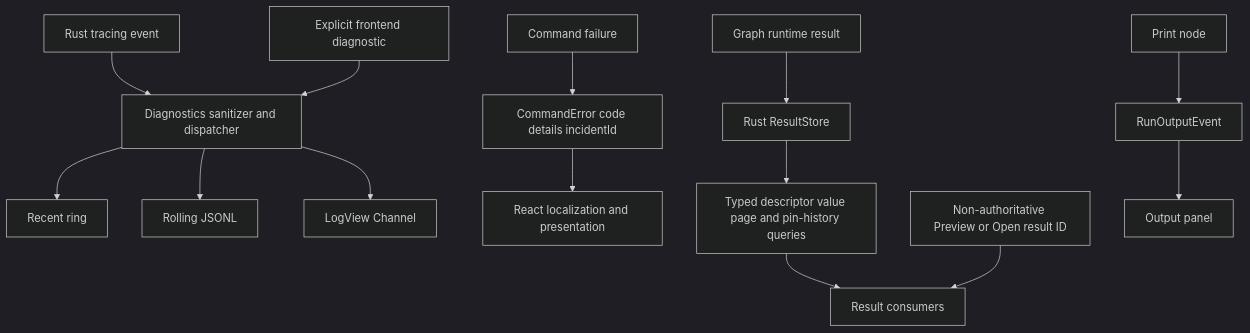
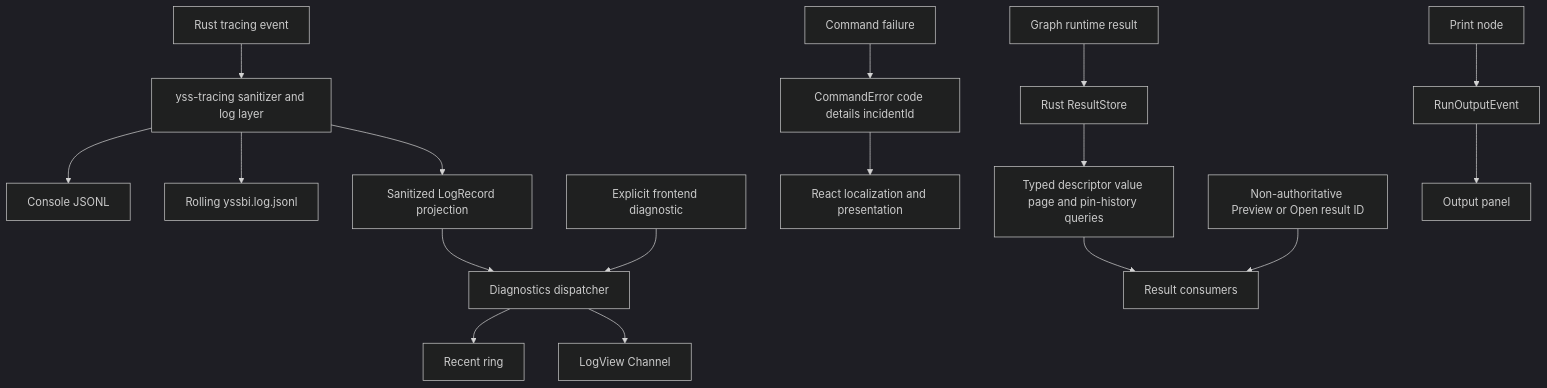
Before and after one commit to zhouyi207/YssBI: the diagram in docs/architecture/DIAGNOSTICS_ERRORS_AND_OUTPUT.md, drawn with Mermaid (dark theme). The commit also changed other lines of this file and 26 other files, not shown here.

Commit message:
refactor(tracing): extract yss-tracing crate

````diff
--- a/docs/architecture/DIAGNOSTICS_ERRORS_AND_OUTPUT.md
+++ b/docs/architecture/DIAGNOSTICS_ERRORS_AND_OUTPUT.md
@@ -23,19 +24,22 @@
 ```mermaid
 flowchart TD
-    RustEvent[Rust tracing event] --> Diagnostics[Diagnostics sanitizer and dispatcher]
+    RustEvent[Rust tracing event] --> Logging[yss-tracing sanitizer and log layer]
+    Logging --> Console[Console JSONL]
+    Logging --> Jsonl[Rolling yssbi.log.jsonl]
+    Logging --> Projection[Sanitized LogRecord projection]
+    Projection --> Diagnostics[Diagnostics dispatcher]
     FrontendEvent[Explicit frontend diagnostic] --> Diagnostics
     Diagnostics --> Recent[Recent ring]
-    Diagnostics --> Jsonl[Rolling JSONL]
     Diagnostics --> LogChannel[LogView Channel]
 
     CommandFailure[Command failure] --> CommandError[CommandError code details incidentId]
     CommandError --> ReactMapping[React localization and presentation]
 
     RuntimeResult[Graph runtime result] --> ResultStore[Rust ResultStore]
     ResultStore --> ResultQueries[Typed descriptor value page and pin-history queries]
     ResultQueries --> ResultUi[Result consumers]
     ResultNotice[Non-authoritative Preview or Open result ID] --> ResultUi
 
     RuntimePrint[Print node] --> RunOutput[RunOutputEvent]
     RunOutput --> OutputPanel[Output panel]
 ```
````
